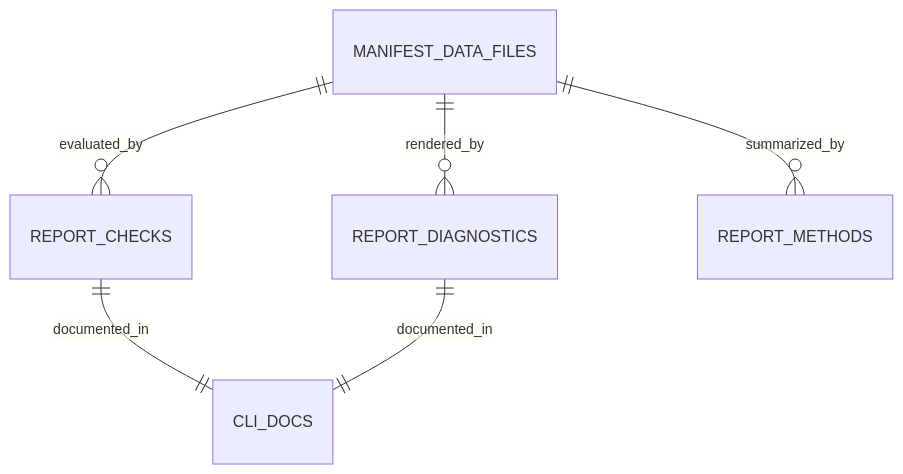
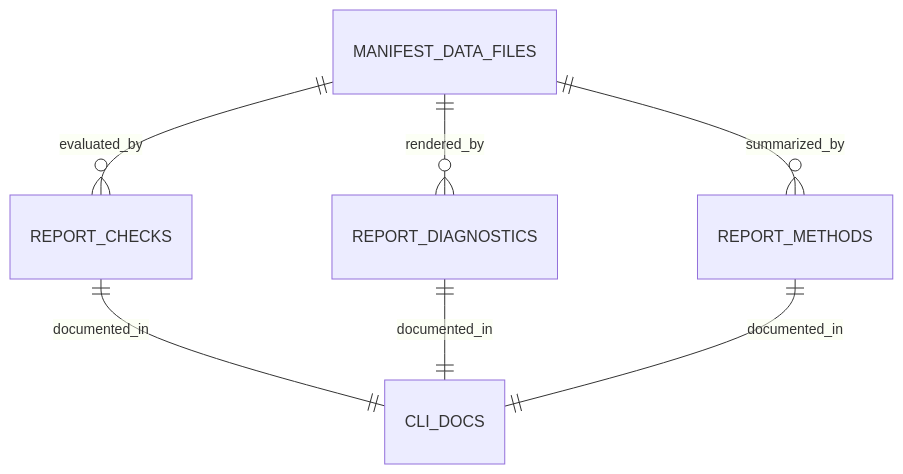
Before and after one commit to fariello/pubrun: the diagram in .aw/records/plans/pending/20261121-file-prov-04-hm32d9-report-inspect-and-methods-file-provenance-evidence-distinct.ipd.md, drawn with Mermaid. The commit also changed other lines of this file and 1 other file, not shown here.

````diff
--- a/.aw/records/plans/pending/20261121-file-prov-04-hm32d9-report-inspect-and-methods-file-provenance-evidence-distinct.ipd.md
+++ b/.aw/records/plans/pending/20261121-file-prov-04-hm32d9-report-inspect-and-methods-file-provenance-evidence-distinct.ipd.md
@@ -34,8 +37,9 @@
 ```mermaid
 erDiagram
     MANIFEST_DATA_FILES ||--o{ REPORT_CHECKS : evaluated_by
     MANIFEST_DATA_FILES ||--o{ REPORT_DIAGNOSTICS : rendered_by
     MANIFEST_DATA_FILES ||--o{ REPORT_METHODS : summarized_by
     REPORT_CHECKS ||--|| CLI_DOCS : documented_in
     REPORT_DIAGNOSTICS ||--|| CLI_DOCS : documented_in
+    REPORT_METHODS ||--|| CLI_DOCS : documented_in
 ```
````
